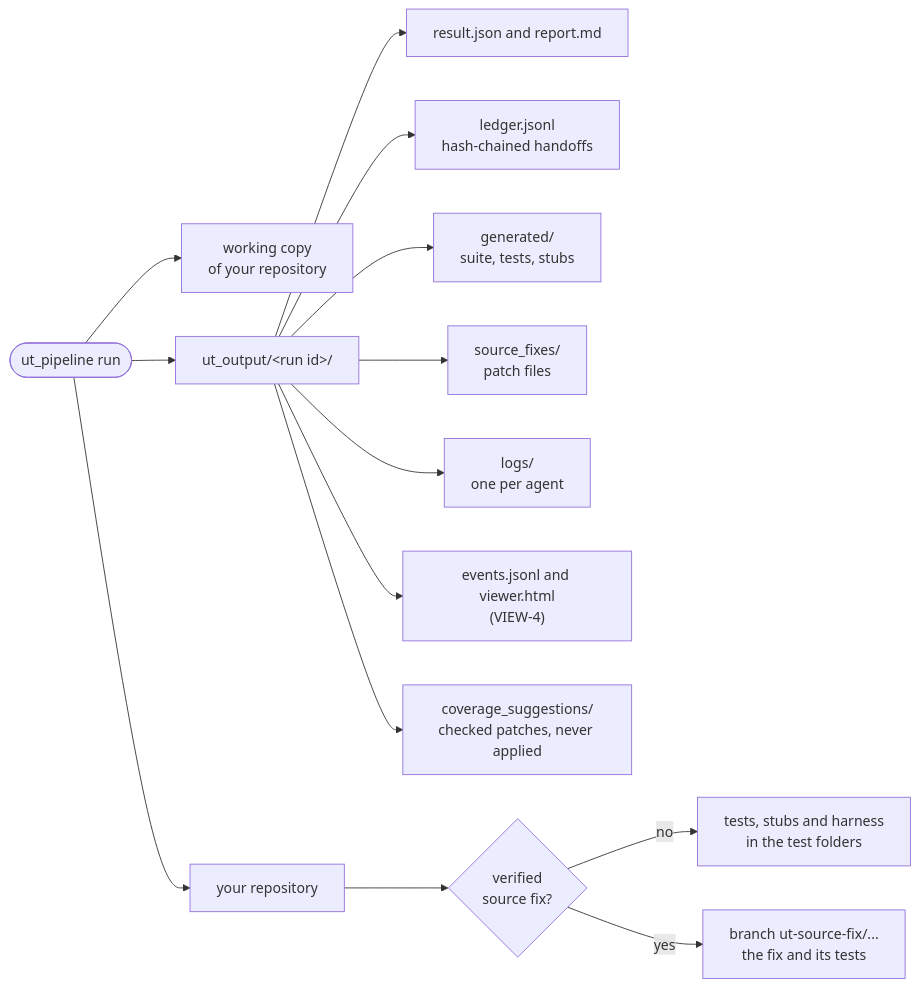
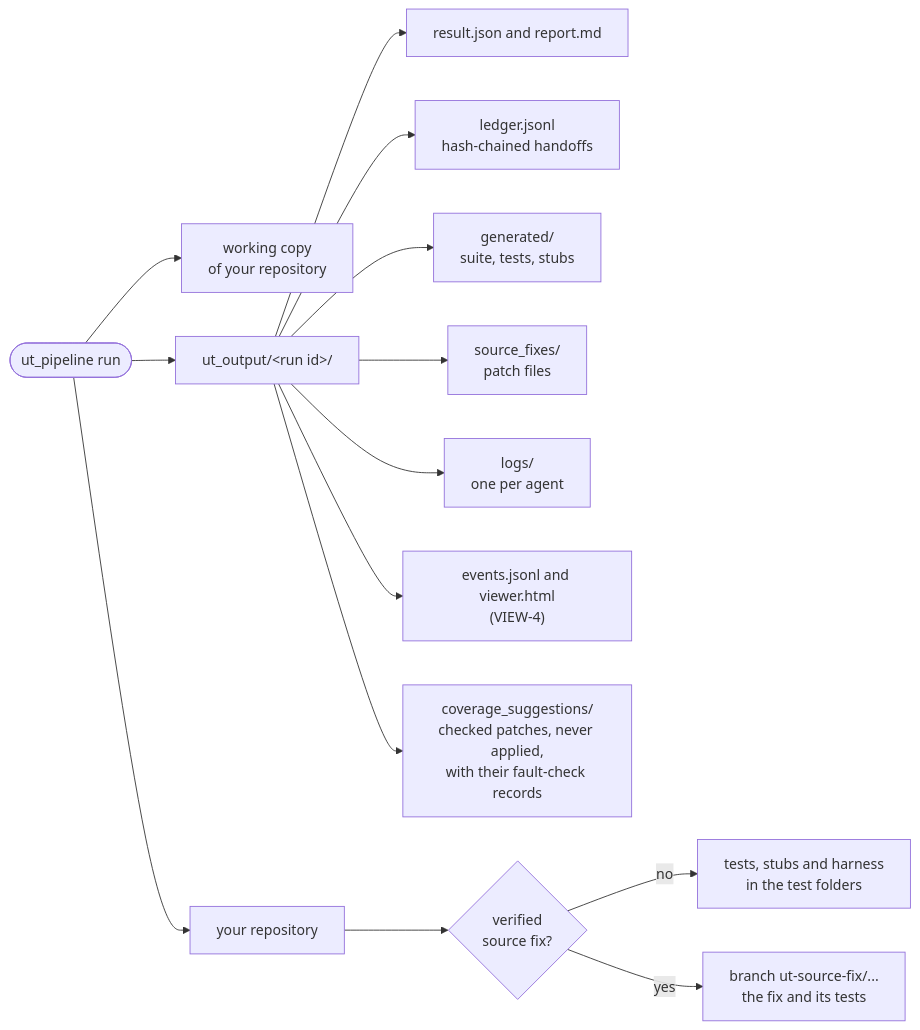
Diagram 11 of 11 in Docs/ORCHESTRATION.md (bharatd03/Unittest), drawn with Mermaid before and after one commit. The commit also changed other lines of this file and 8 other files, not shown here.

Commit message:
Fault check of source-change suggestions and proofs per build variant

````diff
--- a/Docs/ORCHESTRATION.md
+++ b/Docs/ORCHESTRATION.md
@@ -369,16 +369,16 @@
 ```mermaid
 flowchart LR
     run(["ut_pipeline run"]) --> ws["working copy<br/>of your repository"]
     run --> outdir["ut_output/&lt;run id&gt;/"]
     outdir --> r1["result.json and report.md"]
     outdir --> r2["ledger.jsonl<br/>hash-chained handoffs"]
     outdir --> r3["generated/<br/>suite, tests, stubs"]
     outdir --> r4["source_fixes/<br/>patch files"]
     outdir --> r5["logs/<br/>one per agent"]
     outdir --> r6["events.jsonl and viewer.html<br/>(VIEW-4)"]
-    outdir --> r7["coverage_suggestions/<br/>checked patches, never applied"]
+    outdir --> r7["coverage_suggestions/<br/>checked patches, never applied,<br/>with their fault-check records"]
     run --> repo["your repository"]
     repo --> fix{"verified<br/>source fix?"}
     fix -- no --> t1["tests, stubs and harness<br/>in the test folders"]
     fix -- yes --> t2["branch ut-source-fix/...<br/>the fix and its tests"]
 ```
````
